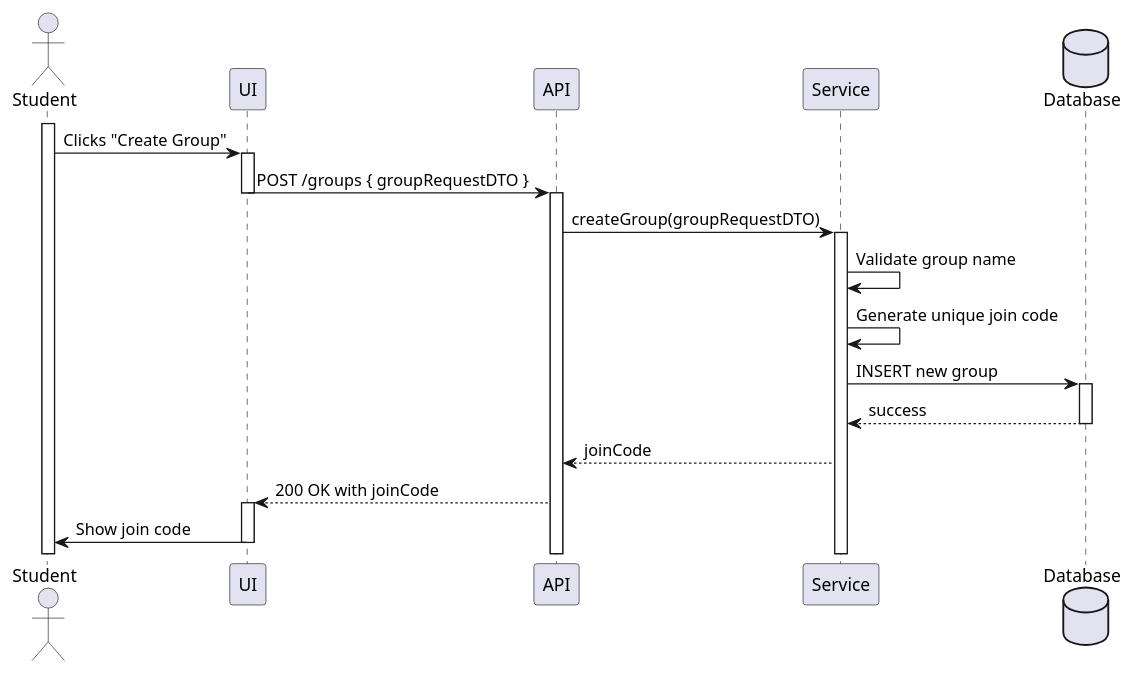
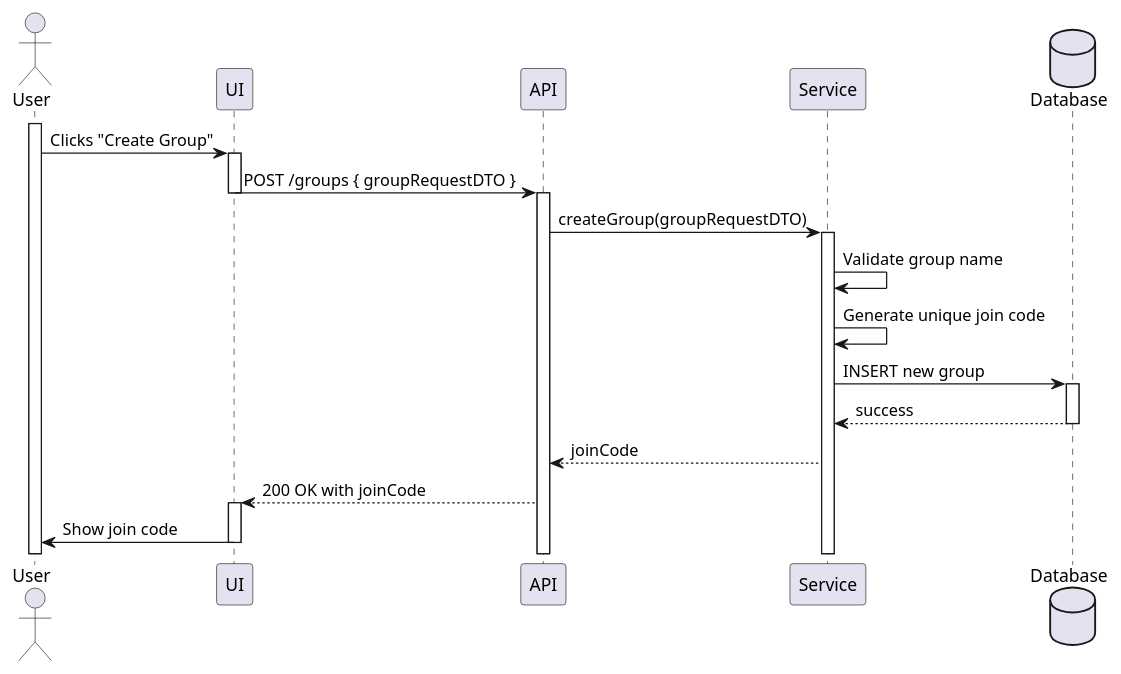
Before and after one commit to keerati5003/PlanMate-Diagram: the diagram in sequence/p2/create-group.puml, drawn with PlantUML. The commit also changed 7 other files, not shown here.

```diff
--- a/sequence/p2/create-group.puml
+++ b/sequence/p2/create-group.puml
@@ -1,32 +1,32 @@
 @startuml
-actor Student
+actor User
 participant "UI" as FE
 participant "API" as C
 participant "Service" as S
 database "Database" as DB
 
-activate Student
-Student -> FE : Clicks "Create Group"
+activate User
+User -> FE : Clicks "Create Group"
 activate FE
 
 FE -> C : POST /groups { groupRequestDTO }
 deactivate FE
 activate C
 
 C -> S : createGroup(groupRequestDTO)
 activate S
 
 S -> S : Validate group name
 S -> S : Generate unique join code
 
 S -> DB : INSERT new group
 activate DB
 DB --> S : success
 deactivate DB
 
 S --> C : joinCode
 C --> FE : 200 OK with joinCode
 activate FE
-FE -> Student : Show join code
+FE -> User : Show join code
 deactivate FE
 @enduml
```
